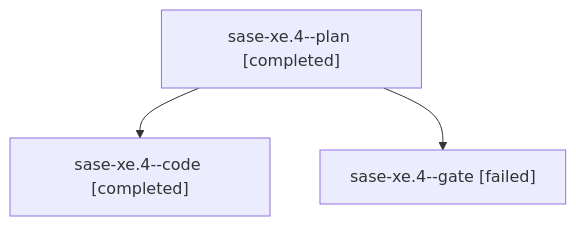
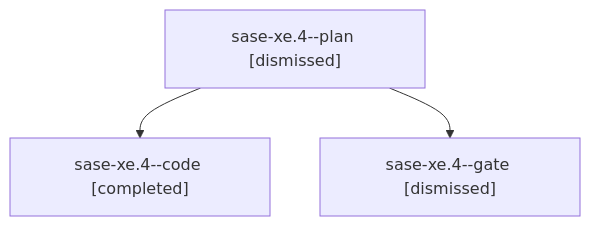
One commit to sase-org/sase--agents changed the diagram in families/bbugyi200.athena.sase-xe.4.md. Above: the diagram before and after it, drawn with Mermaid. The commit also changed other lines of this file and 305 other files, not shown here.

````diff
--- a/families/bbugyi200.athena.sase-xe.4.md
+++ b/families/bbugyi200.athena.sase-xe.4.md
@@ -9,8 +9,8 @@
 ```mermaid
 flowchart TD
-  n0["sase-xe.4--plan [completed]"]
+  n0["sase-xe.4--plan [dismissed]"]
   n1["sase-xe.4--code [completed]"]
   n0 --> n1
-  n2["sase-xe.4--gate [failed]"]
+  n2["sase-xe.4--gate [dismissed]"]
   n0 --> n2
 ```
````
